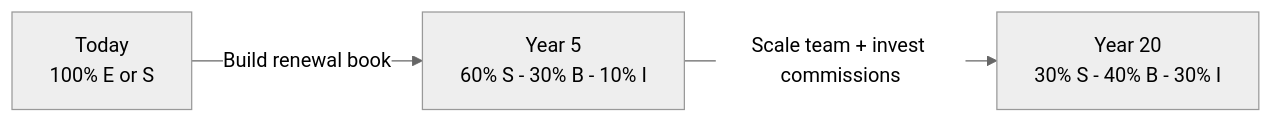
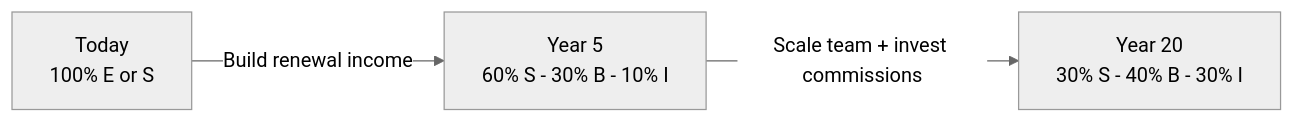
The diagram in docs/first-60-days/week-2/day-11.md (leotansingapore/aia-product-compass-hub), drawn with Mermaid (neutral theme) before and after one commit. The commit also changed other lines of this file and 16 other files, not shown here.

````diff
--- a/docs/first-60-days/week-2/day-11.md
+++ b/docs/first-60-days/week-2/day-11.md
@@ -234,9 +234,9 @@
 ```mermaid
 flowchart LR
     NOW["Today<br/>100% E or S"]
     Y5["Year 5<br/>60% S - 30% B - 10% I"]
     Y20["Year 20<br/>30% S - 40% B - 30% I"]
 
-    NOW -->|"Build renewal book"| Y5
+    NOW -->|"Build renewal income"| Y5
     Y5 -->|"Scale team + invest commissions"| Y20
 ```
````
